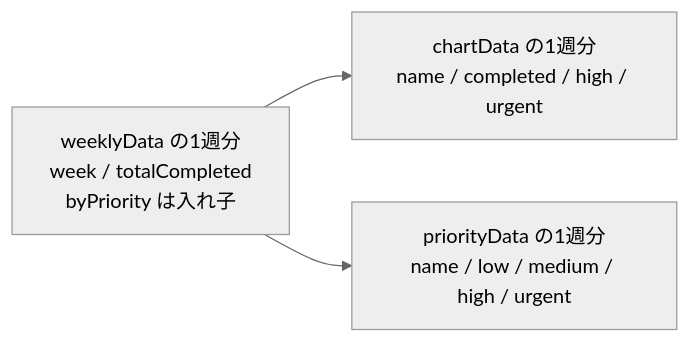
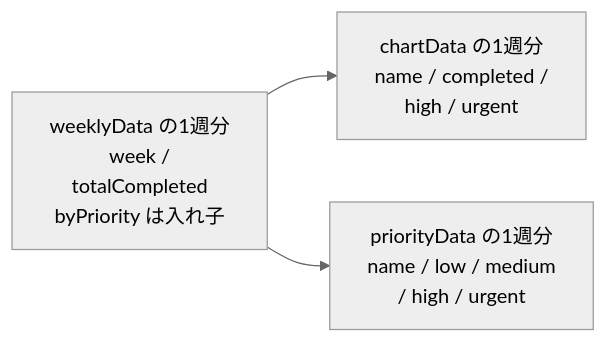
Before and after one commit to kouiso/task-app: the second of 2 diagrams in material/30days-curriculum/day23_週次レポート.md, drawn with Mermaid (neutral theme). The commit also changed other lines of this file and 24 other files, not shown here.

First line of the commit message:
fix(material): Mermaid 図のファイル名キャプションとノード途中折れを直す (#457) (#718)

````diff
--- a/material/30days-curriculum/day23_週次レポート.md
+++ b/material/30days-curriculum/day23_週次レポート.md
@@ -883,6 +883,6 @@
 ```mermaid
 flowchart LR
-    W["weeklyData の1週分<br/>week / totalCompleted<br/>byPriority は入れ子"]
-    W --> C["chartData の1週分<br/>name / completed / high / urgent"]
-    W --> S["priorityData の1週分<br/>name / low / medium / high / urgent"]
+    W["weeklyData の1週分<br/>week /<br/>totalCompleted<br/>byPriority は入れ子"]
+    W --> C["chartData の1週分<br/>name / completed /<br/>high / urgent"]
+    W --> S["priorityData の1週分<br/>name / low / medium<br/>/ high / urgent"]
 ```
````
